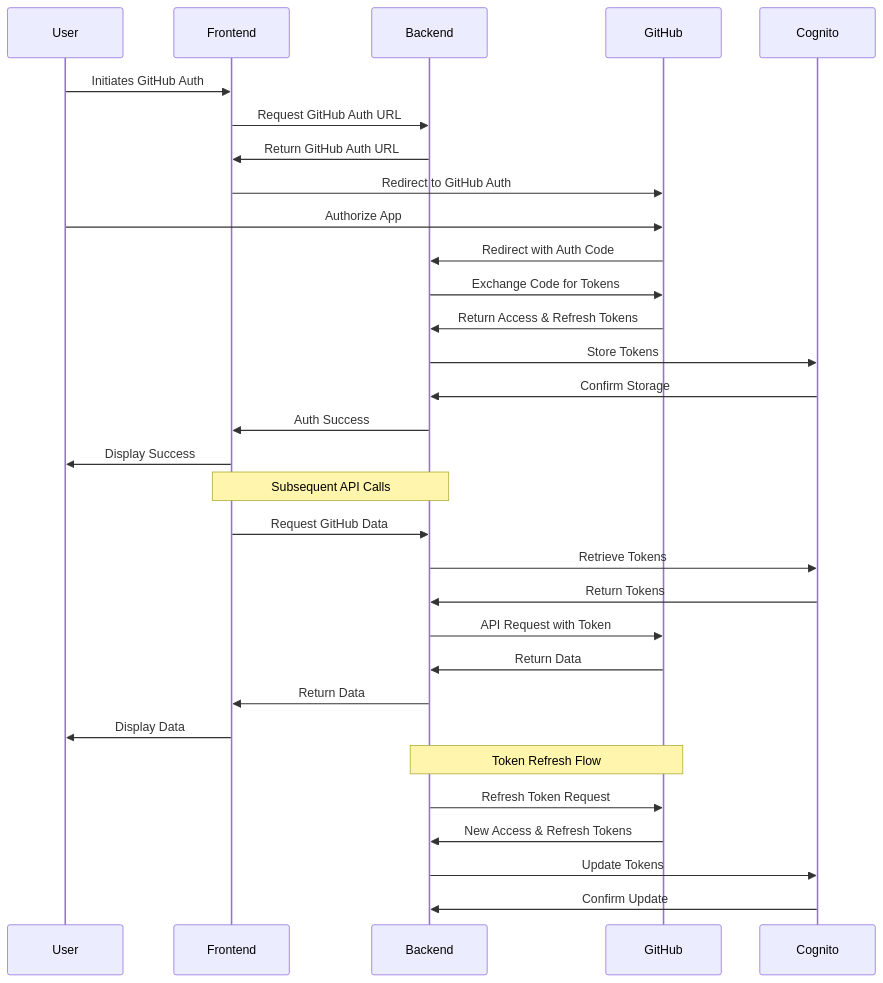
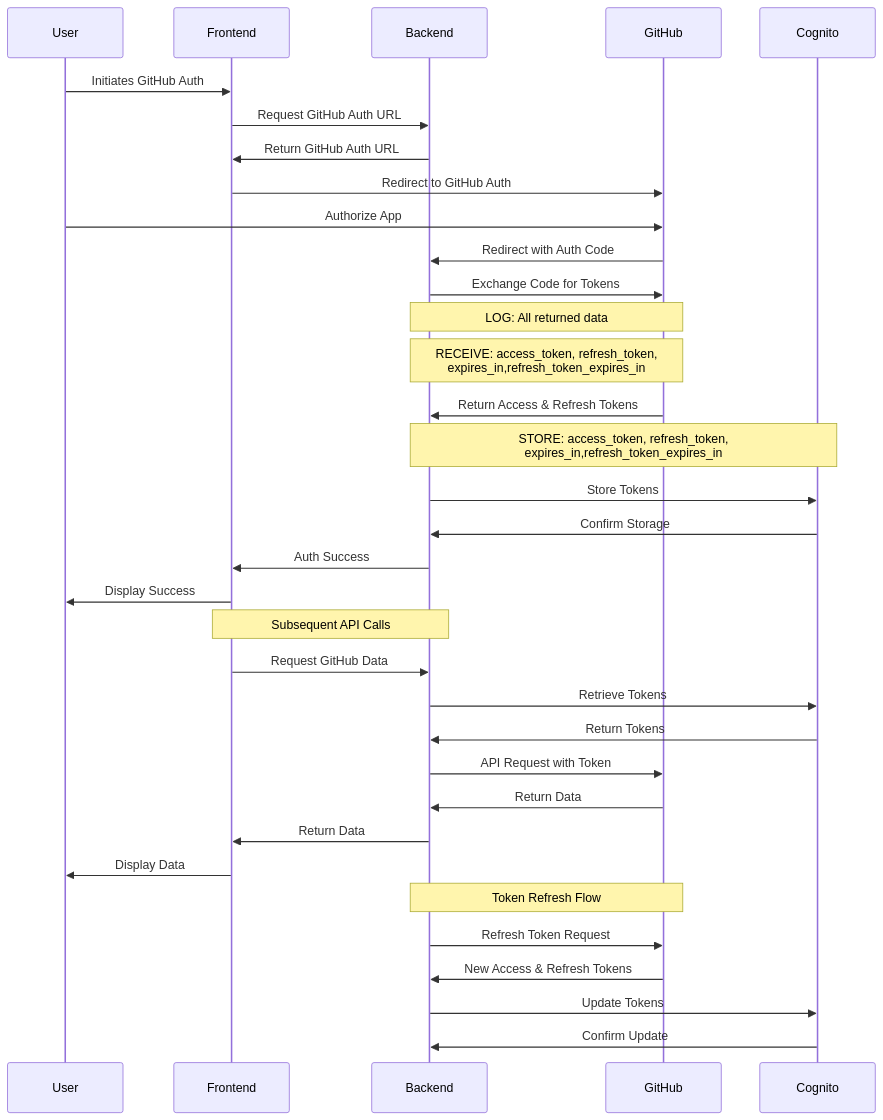
The diagram in docs/github/grant_flow.mmd (InTEGr8or/handterm-cdk), drawn with Mermaid before and after one commit. The commit also changed 12 other files, not shown here.

First line of the commit message:
aider: fix: Fix inconsistency in GitHub token refresh response handling

```diff
--- a/docs/github/grant_flow.mmd
+++ b/docs/github/grant_flow.mmd
@@ -1,34 +1,39 @@
 sequenceDiagram
     participant User
     participant Frontend
     participant Backend
     participant GitHub
     participant Cognito
 
     User->>Frontend: Initiates GitHub Auth
     Frontend->>Backend: Request GitHub Auth URL
     Backend->>Frontend: Return GitHub Auth URL
     Frontend->>GitHub: Redirect to GitHub Auth
     User->>GitHub: Authorize App
     GitHub->>Backend: Redirect with Auth Code
     Backend->>GitHub: Exchange Code for Tokens
+    
+    Note over Backend,GitHub: LOG: All returned data
+    Note over Backend,GitHub: RECEIVE: access_token, refresh_token,<br/>expires_in,refresh_token_expires_in
     GitHub->>Backend: Return Access & Refresh Tokens
+    Note over Backend,Cognito: STORE: access_token, refresh_token,<br/>expires_in,refresh_token_expires_in
     Backend->>Cognito: Store Tokens
+
     Cognito->>Backend: Confirm Storage
     Backend->>Frontend: Auth Success
     Frontend->>User: Display Success
 
     Note over Frontend,Backend: Subsequent API Calls
     Frontend->>Backend: Request GitHub Data
     Backend->>Cognito: Retrieve Tokens
     Cognito->>Backend: Return Tokens
     Backend->>GitHub: API Request with Token
     GitHub->>Backend: Return Data
     Backend->>Frontend: Return Data
     Frontend->>User: Display Data
 
     Note over Backend,GitHub: Token Refresh Flow
     Backend->>GitHub: Refresh Token Request
     GitHub->>Backend: New Access & Refresh Tokens
     Backend->>Cognito: Update Tokens
     Cognito->>Backend: Confirm Update
```
